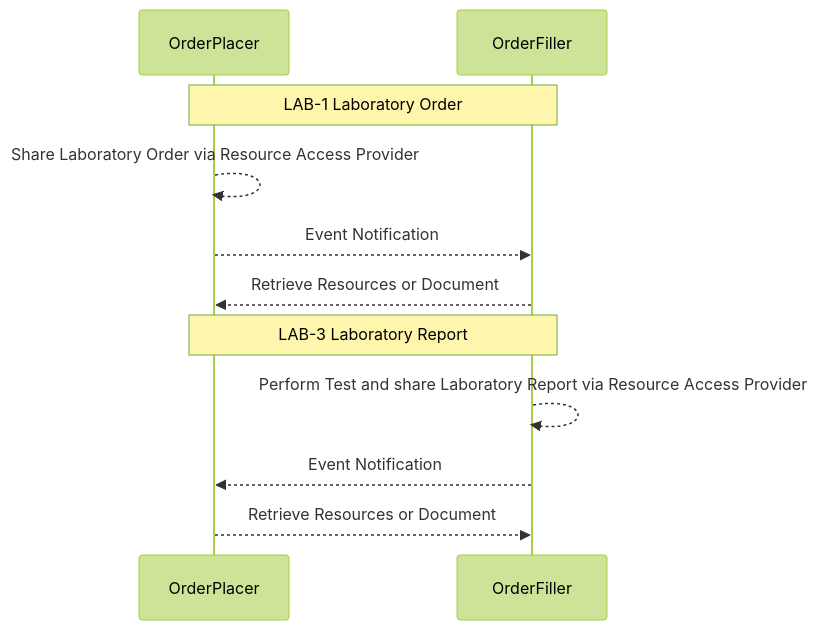
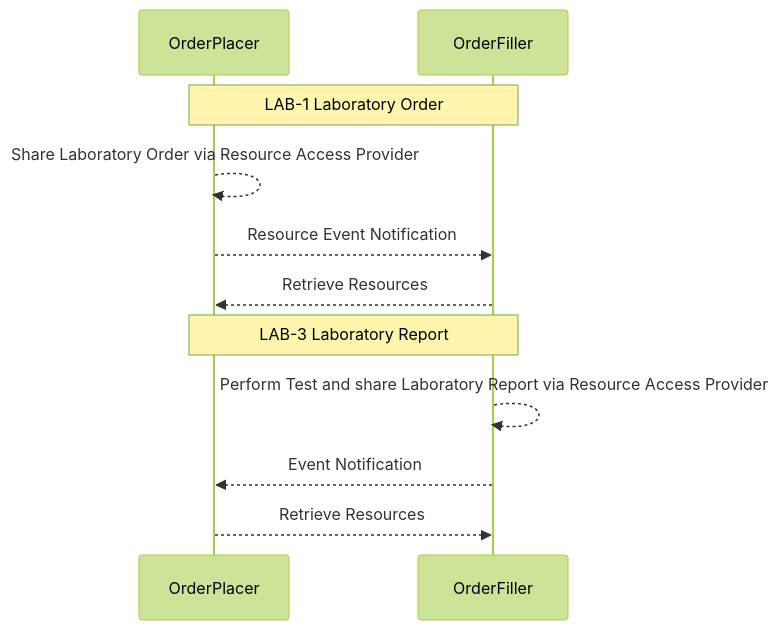
One commit to nw-gmsa/nw-gmsa.github.com changed diagram 14 of 16 in input/pagecontent/exchange.md. Above: the diagram before and after it, drawn with Mermaid (forest theme). The commit also changed other lines of this file and 1 other file, not shown here.

Commit message:
mermaid typo

````diff
--- a/input/pagecontent/exchange.md
+++ b/input/pagecontent/exchange.md
@@ -278,21 +319,21 @@
 ```mermaid
 sequenceDiagram
 
 participant OrderPlacer
 
 participant OrderFiller
 
 note over OrderPlacer,OrderFiller: LAB-1 Laboratory Order
 
 OrderPlacer -->> OrderPlacer: Share Laboratory Order via Resource Access Provider
 
-OrderPlacer -->> OrderFiller: Event Notification
+OrderPlacer -->> OrderFiller: Resource Event Notification
 
-OrderFiller -->> OrderPlacer: Retrieve Resources or Document
+OrderFiller -->> OrderPlacer: Retrieve Resources
 
 note over OrderPlacer,OrderFiller: LAB-3 Laboratory Report
 
 OrderFiller -->> OrderFiller: Perform Test and share Laboratory Report via Resource Access Provider
 OrderFiller -->> OrderPlacer: Event Notification
-OrderPlacer -->> OrderFiller: Retrieve Resources or Document
+OrderPlacer -->> OrderFiller: Retrieve Resources
 ```
````
